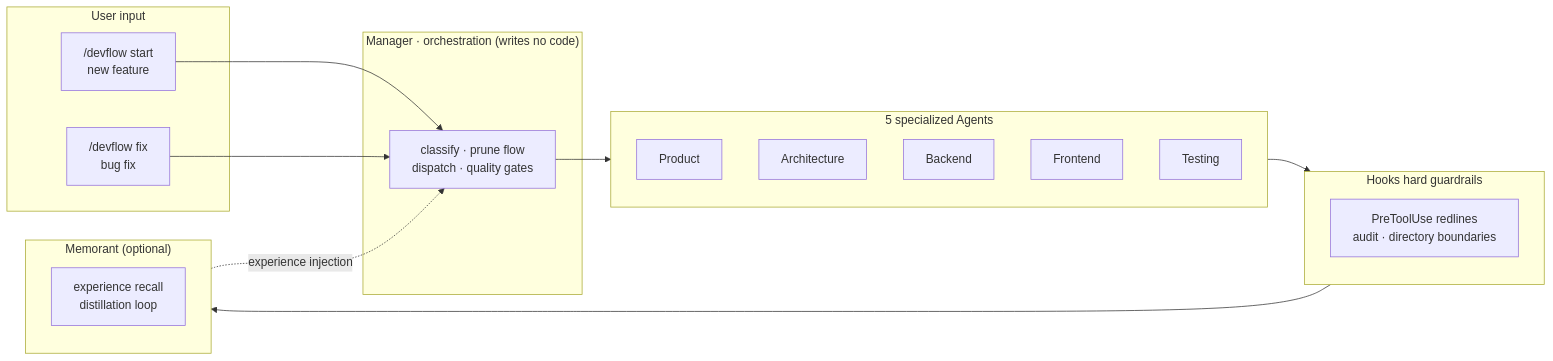
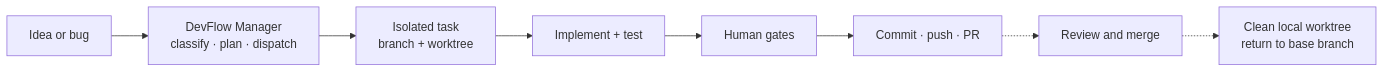
The diagram in README.md (starme/devflow), drawn with Mermaid before and after one commit. The commit also changed other lines of this file and 1 other file, not shown here.

````diff
--- a/README.md
+++ b/README.md
@@ -196,34 +11,10 @@
 ```mermaid
 flowchart LR
-    subgraph Input["User input"]
-        A["/devflow start<br/>new feature"]
-        B["/devflow fix<br/>bug fix"]
-    end
-
-    subgraph Manager["Manager · orchestration (writes no code)"]
-        M["classify · prune flow<br/>dispatch · quality gates"]
-    end
-
-    subgraph Agents["5 specialized Agents"]
-        AG1["Product"]
-        AG2["Architecture"]
-        AG3["Backend"]
-        AG4["Frontend"]
-        AG5["Testing"]
-    end
-
-    subgraph Guard["Hooks hard guardrails"]
-        G["PreToolUse redlines<br/>audit · directory boundaries"]
-    end
-
-    subgraph Memory["Memorant (optional)"]
-        MEM["experience recall<br/>distillation loop"]
-    end
-
-    A --> M
-    B --> M
-    M --> Agents
-    Agents --> Guard
-    Guard --> Memory
-    Memory -.->|experience injection| M
+    A["Idea or bug"] --> M["DevFlow Manager<br/>classify · plan · dispatch"]
+    M --> W["Isolated task<br/>branch + worktree"]
+    W --> T["Implement + test"]
+    T --> H["Human gates"]
+    H --> P["Commit · push · PR"]
+    P -.-> R["Review and merge"]
+    R -.-> C["Clean local worktree<br/>return to base branch"]
 ```
````
